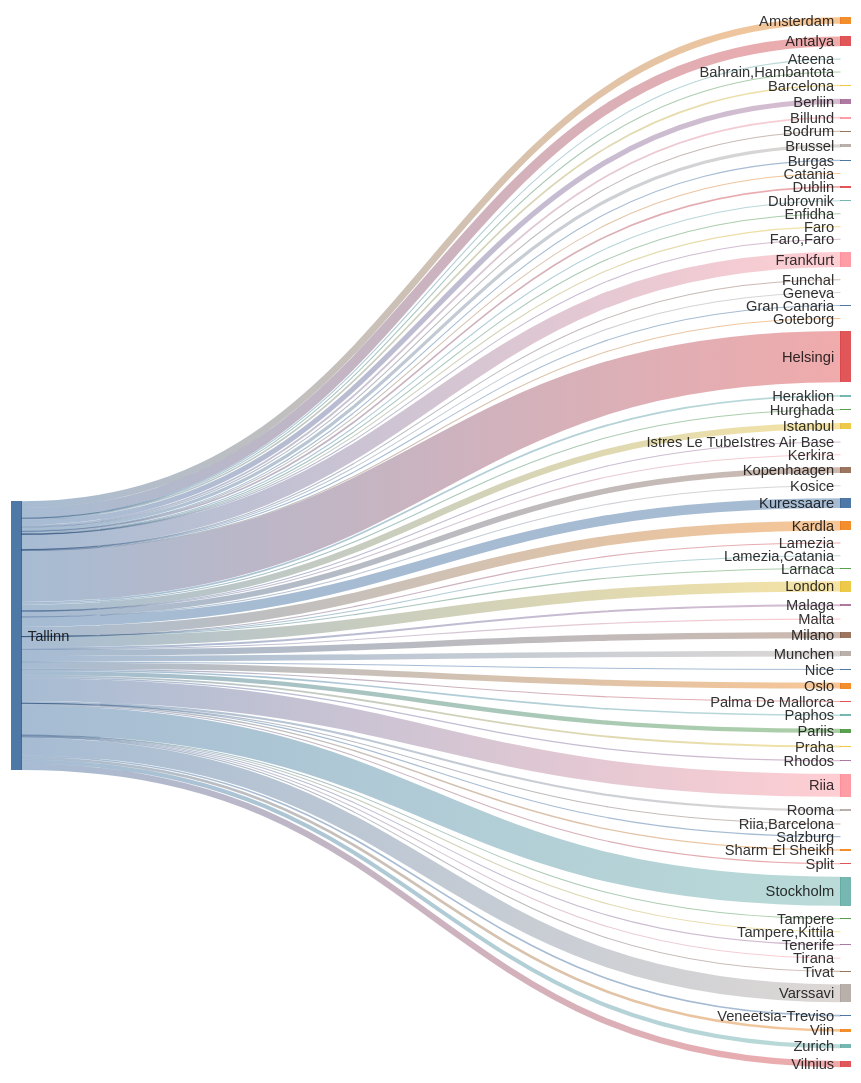
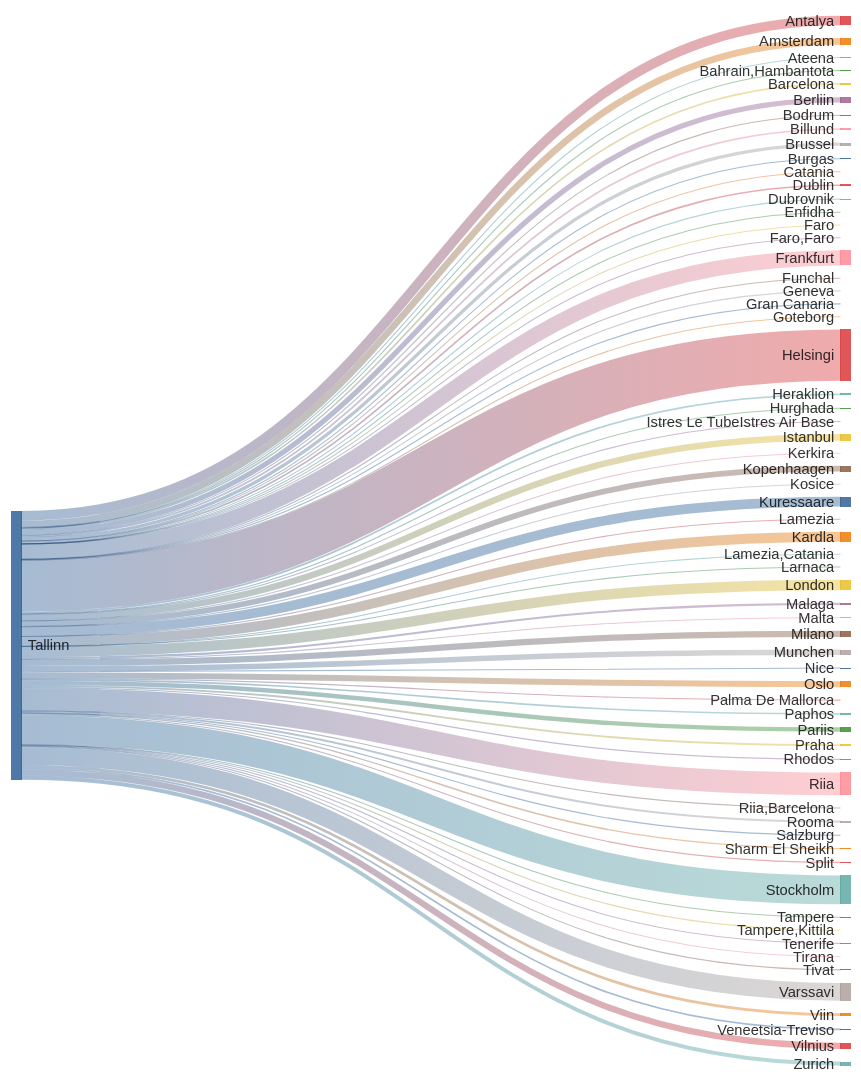
The second of 2 diagrams in README.md (rainermesi/tll-airport-departures), drawn with Mermaid before and after one commit. The commit also changed other lines of this file, not shown here.

````diff
--- a/README.md
+++ b/README.md
@@ -34,76 +34,76 @@
 ```mermaid
 ---
 config:
   sankey:
     showValues: false
     width: 800
     height: 1000
 ---
 sankey-beta
 %% source,target,value
-Tallinn,Amsterdam,179
+Tallinn,Amsterdam,180
 Tallinn,Antalya,261
 Tallinn,Ateena,16
 Tallinn,"Bahrain,Hambantota",1
 Tallinn,Barcelona,43
-Tallinn,Berliin,139
+Tallinn,Berliin,140
 Tallinn,Billund,49
 Tallinn,Bodrum,11
 Tallinn,Brussel,87
 Tallinn,Burgas,21
 Tallinn,Catania,2
 Tallinn,Dublin,44
 Tallinn,Dubrovnik,21
 Tallinn,Enfidha,7
 Tallinn,Faro,4
 Tallinn,"Faro,Faro",1
-Tallinn,Frankfurt,404
+Tallinn,Frankfurt,406
 Tallinn,Funchal,5
 Tallinn,Geneva,1
 Tallinn,Gran Canaria,19
 Tallinn,Goteborg,1
-Tallinn,Helsingi,1371
+Tallinn,Helsingi,1379
 Tallinn,Heraklion,46
 Tallinn,Hurghada,27
-Tallinn,Istanbul,172
+Tallinn,Istanbul,173
 Tallinn,Istres Le TubeIstres Air Base,2
 Tallinn,Kerkira,4
-Tallinn,Kopenhaagen,152
+Tallinn,Kopenhaagen,153
 Tallinn,Kosice,1
-Tallinn,Kuressaare,261
-Tallinn,Kardla,261
+Tallinn,Kuressaare,263
+Tallinn,Kardla,263
 Tallinn,Lamezia,1
 Tallinn,"Lamezia,Catania",3
 Tallinn,Larnaca,4
-Tallinn,London,279
-Tallinn,Malaga,55
+Tallinn,London,281
+Tallinn,Malaga,56
 Tallinn,Malta,15
-Tallinn,Milano,167
+Tallinn,Milano,168
 Tallinn,Munchen,148
 Tallinn,Nice,25
-Tallinn,Oslo,160
+Tallinn,Oslo,161
 Tallinn,Palma De Mallorca,19
 Tallinn,Paphos,43
-Tallinn,Pariis,117
+Tallinn,Pariis,118
 Tallinn,Praha,49
 Tallinn,Rhodos,32
-Tallinn,Riia,609
+Tallinn,Riia,612
 Tallinn,"Riia,Barcelona",1
 Tallinn,Rooma,56
 Tallinn,Salzburg,2
 Tallinn,Sharm El Sheikh,37
 Tallinn,Split,25
 Tallinn,Stockholm,776
 Tallinn,Tampere,17
 Tallinn,"Tampere,Kittila",2
 Tallinn,Tenerife,28
 Tallinn,Tirana,8
 Tallinn,Tivat,26
-Tallinn,Varssavi,472
+Tallinn,Varssavi,474
 Tallinn,Veneetsia-Treviso,44
 Tallinn,Viin,72
 Tallinn,Vilnius,166
-Tallinn,Zurich,108
+Tallinn,Zurich,109
 
 
 ```
````
